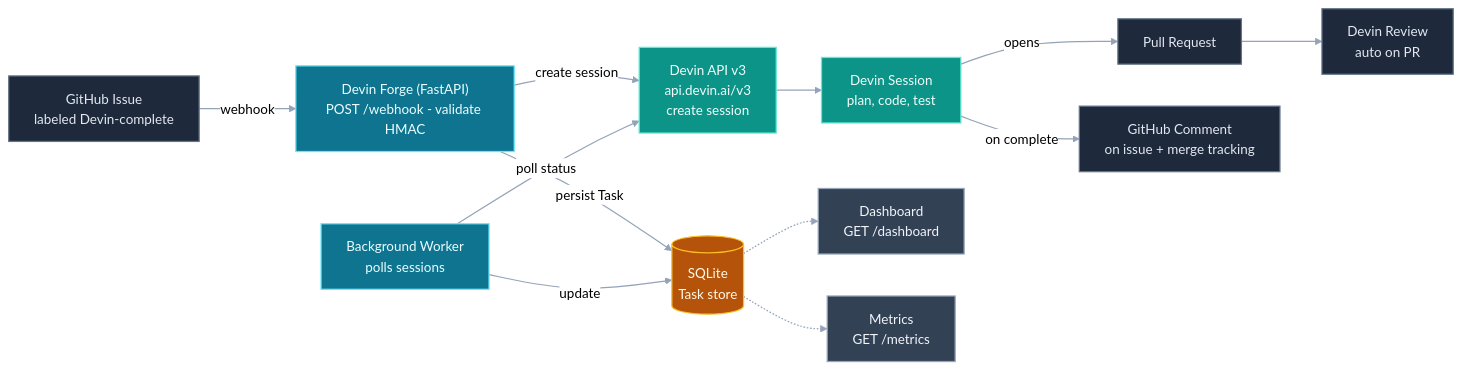
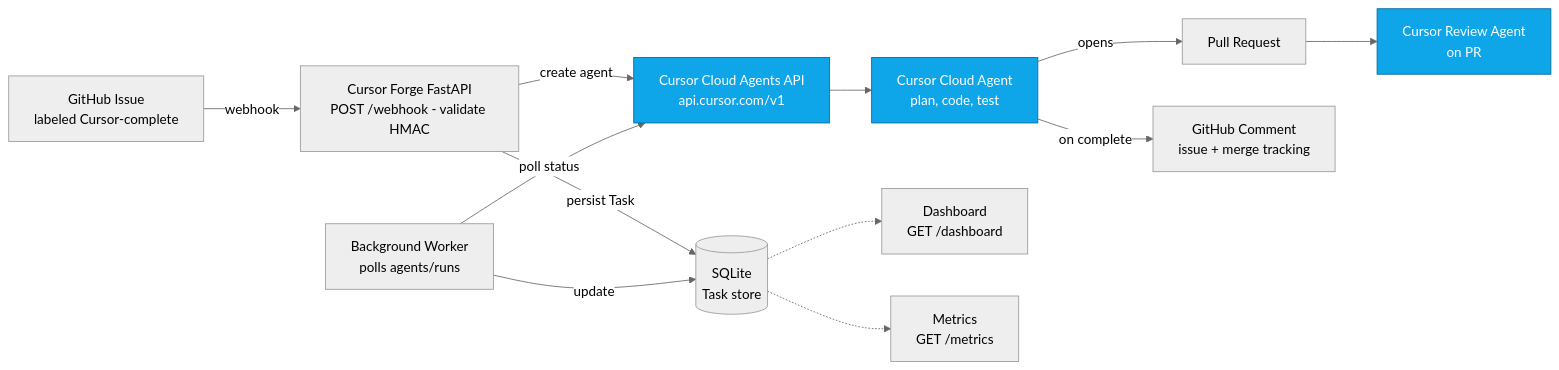
The diagram in docs/architecture.mmd (jan21deepak/droid_ai_engineer), drawn with Mermaid (neutral theme) before and after one commit. The commit also changed 24 other files, not shown here.

Commit message:
Replace Devin API with Cursor Cloud Agents and rebrand as Cursor Forge.

```diff
--- a/docs/architecture.mmd
+++ b/docs/architecture.mmd
@@ -1,39 +1,27 @@
 flowchart LR
-    ISSUE["GitHub Issue<br/>labeled Devin-complete"]
-    WEBHOOK["Devin Forge (FastAPI)<br/>POST /webhook - validate HMAC"]
+    ISSUE["GitHub Issue<br/>labeled Cursor-complete"]
+    WEBHOOK["Cursor Forge FastAPI<br/>POST /webhook - validate HMAC"]
     DB[("SQLite<br/>Task store")]
-    API["Devin API v3<br/>api.devin.ai/v3<br/>create session"]
-    SESSION["Devin Session<br/>plan, code, test"]
-    WORKER["Background Worker<br/>polls sessions"]
+    API["Cursor Cloud Agents API<br/>api.cursor.com/v1"]
+    SESSION["Cursor Cloud Agent<br/>plan, code, test"]
+    WORKER["Background Worker<br/>polls agents/runs"]
     PR["Pull Request"]
-    REVIEW["Devin Review<br/>auto on PR"]
-    COMMENT["GitHub Comment<br/>on issue + merge tracking"]
+    REVIEW["Cursor Review Agent<br/>on PR"]
+    COMMENT["GitHub Comment<br/>issue + merge tracking"]
     DASH["Dashboard<br/>GET /dashboard"]
     METRICS["Metrics<br/>GET /metrics"]
 
     ISSUE -->|"webhook"| WEBHOOK
     WEBHOOK -->|"persist Task"| DB
-    WEBHOOK -->|"create session"| API
+    WEBHOOK -->|"create agent"| API
     API --> SESSION
     SESSION -->|"opens"| PR
     PR --> REVIEW
     SESSION -->|"on complete"| COMMENT
-
     WORKER -->|"poll status"| API
     WORKER -->|"update"| DB
     DB -.-> DASH
     DB -.-> METRICS
 
-    classDef github fill:#1e293b,stroke:#64748b,color:#e2e8f0,stroke-width:1.5px;
-    classDef forge fill:#0e7490,stroke:#67e8f9,color:#ecfeff,stroke-width:1.5px;
-    classDef devin fill:#0d9488,stroke:#5eead4,color:#f0fdfa,stroke-width:1.5px;
-    classDef store fill:#b45309,stroke:#fbbf24,color:#fffbeb,stroke-width:1.5px;
-    classDef read fill:#334155,stroke:#94a3b8,color:#f1f5f9,stroke-width:1.5px;
-
-    class ISSUE,PR,REVIEW,COMMENT github;
-    class WEBHOOK,WORKER forge;
-    class API,SESSION devin;
-    class DB store;
-    class DASH,METRICS read;
-
-    linkStyle default stroke:#94a3b8,stroke-width:1.5px;
+    classDef cursor fill:#0ea5e9,stroke:#0369a1,color:#fff
+    class API,SESSION,REVIEW cursor
```
